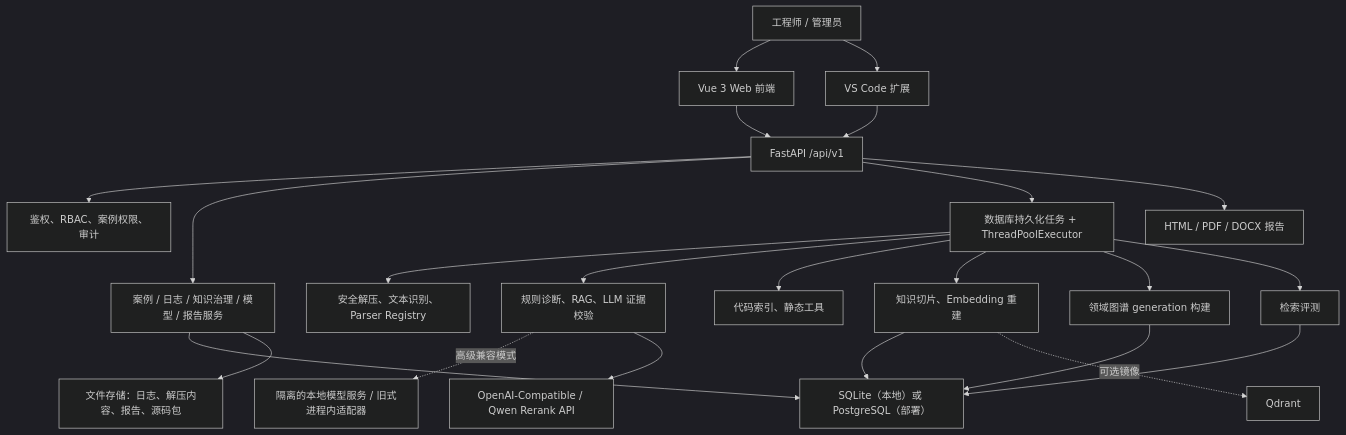
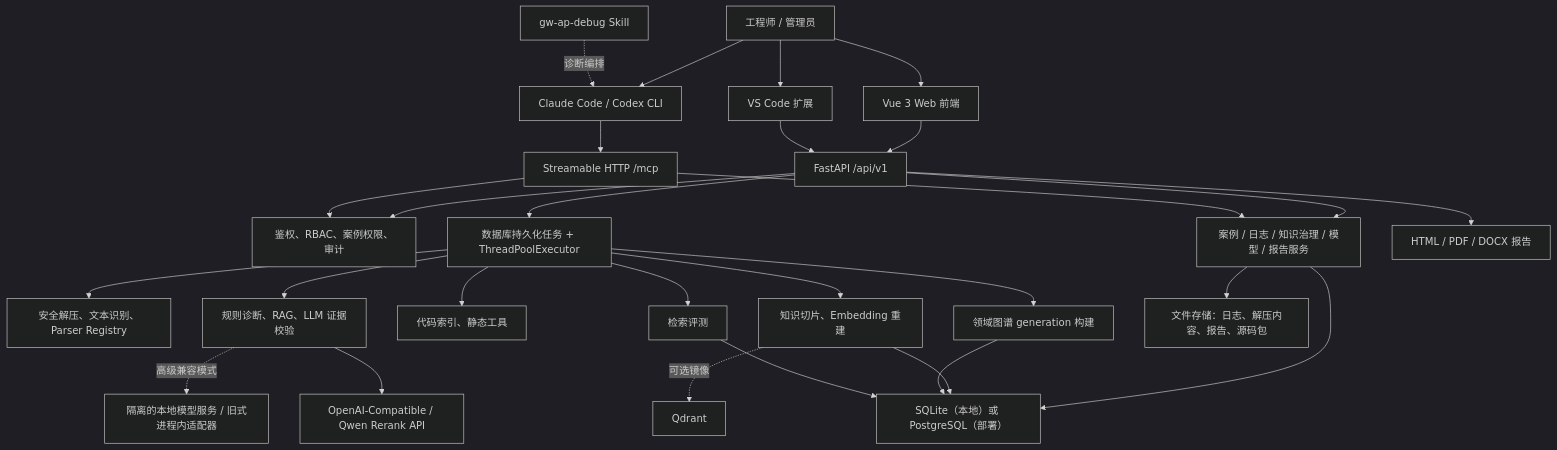
One commit to mrrabbitss/debug-platform changed the first of 4 diagrams in docs/project-architecture-and-evolution.md. Above: the diagram before and after it, drawn with Mermaid (dark theme). The commit also changed other lines of this file and 176 other files, not shown here.

Commit message:
feat: publish Web Skill MCP MVP with CodeAgent launcher

````diff
--- a/docs/project-architecture-and-evolution.md
+++ b/docs/project-architecture-and-evolution.md
@@ -22,30 +22,35 @@
 ```mermaid
 flowchart TB
     User["工程师 / 管理员"] --> Web["Vue 3 Web 前端"]
     User --> VSCode["VS Code 扩展"]
+    User --> CLI["Claude Code / Codex CLI"]
+    Skill["gw-ap-debug Skill"] -.诊断编排.-> CLI
     Web --> API["FastAPI /api/v1"]
     VSCode --> API
+    CLI --> MCP["Streamable HTTP /mcp"]
 
     API --> Auth["鉴权、RBAC、案例权限、审计"]
     API --> Domain["案例 / 日志 / 知识治理 / 模型 / 报告服务"]
     API --> Jobs["数据库持久化任务 + ThreadPoolExecutor"]
+    MCP --> Auth
+    MCP --> Domain
 
     Jobs --> Parse["安全解压、文本识别、Parser Registry"]
     Jobs --> Diagnose["规则诊断、RAG、LLM 证据校验"]
     Jobs --> Code["代码索引、静态工具"]
     Jobs --> Reindex["知识切片、Embedding 重建"]
     Jobs --> Graph["领域图谱 generation 构建"]
     Jobs --> Eval["检索评测"]
 
     Domain --> DB["SQLite（本地）或 PostgreSQL（部署）"]
     Domain --> Files["文件存储：日志、解压内容、报告、源码包"]
     Reindex --> DB
     Graph --> DB
     Eval --> DB
     Reindex -.可选镜像.-> Qdrant["Qdrant"]
 
     Diagnose -.高级兼容模式.-> LocalModels["隔离的本地模型服务 / 旧式进程内适配器"]
     Diagnose --> ModelAPI["OpenAI-Compatible / Qwen Rerank API"]
 
     API --> Report["HTML / PDF / DOCX 报告"]
 ```
````
